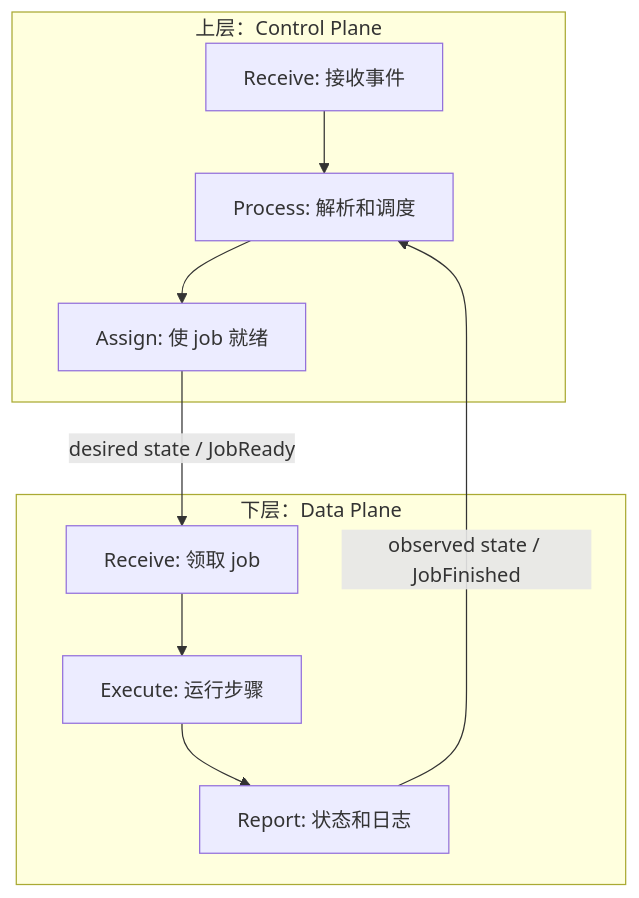
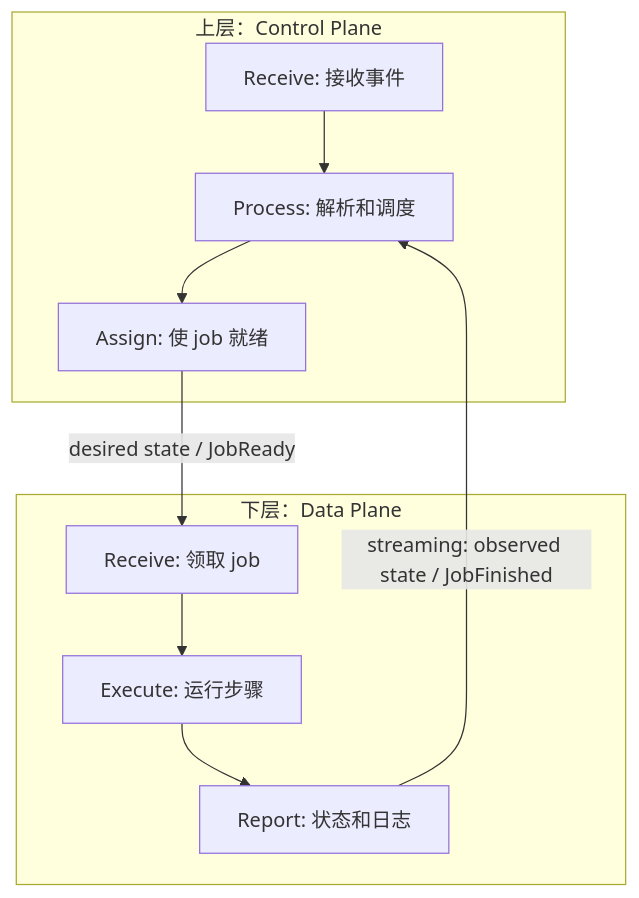
The first of 2 diagrams in Layered Architecture/CICD/Giuhub-Action-Case.md (Sam120204/System-Design), drawn with Mermaid before and after one commit. The commit also changed other lines of this file, not shown here.

Commit message:
docs: show streaming runner status feedback

````diff
--- a/Layered Architecture/CICD/Giuhub-Action-Case.md
+++ b/Layered Architecture/CICD/Giuhub-Action-Case.md
@@ -35,13 +35,13 @@
 ```mermaid
 flowchart TB
     subgraph CP[上层：Control Plane]
         A[Receive: 接收事件] --> B[Process: 解析和调度]
         B --> C[Assign: 使 job 就绪]
     end
     subgraph DP[下层：Data Plane]
         D[Receive: 领取 job] --> E[Execute: 运行步骤]
         E --> F[Report: 状态和日志]
     end
     C -->|desired state / JobReady| D
-    F -->|observed state / JobFinished| B
+    F -->|streaming: observed state / JobFinished| B
 ```
````
